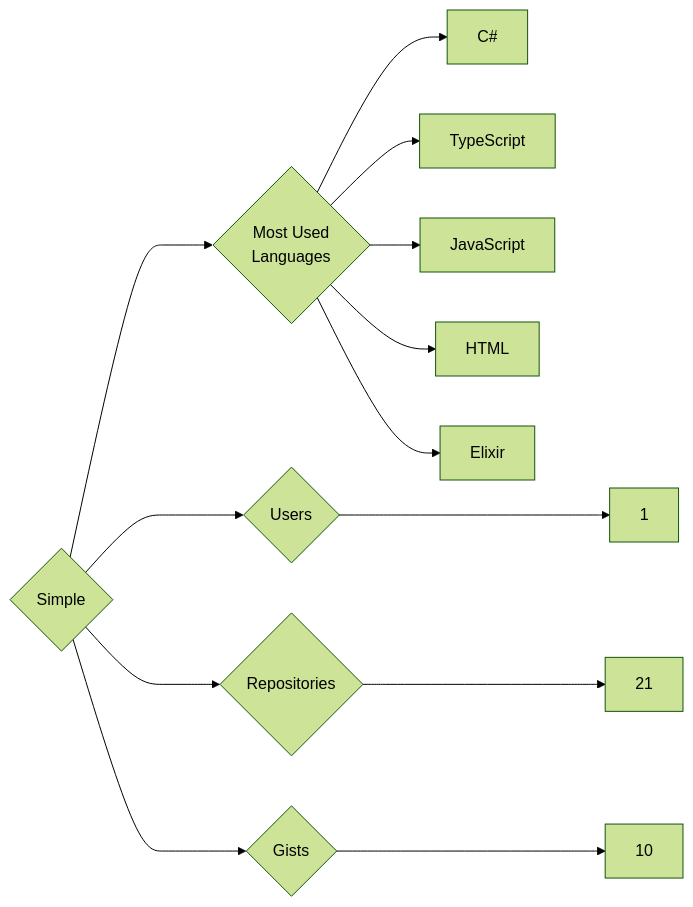
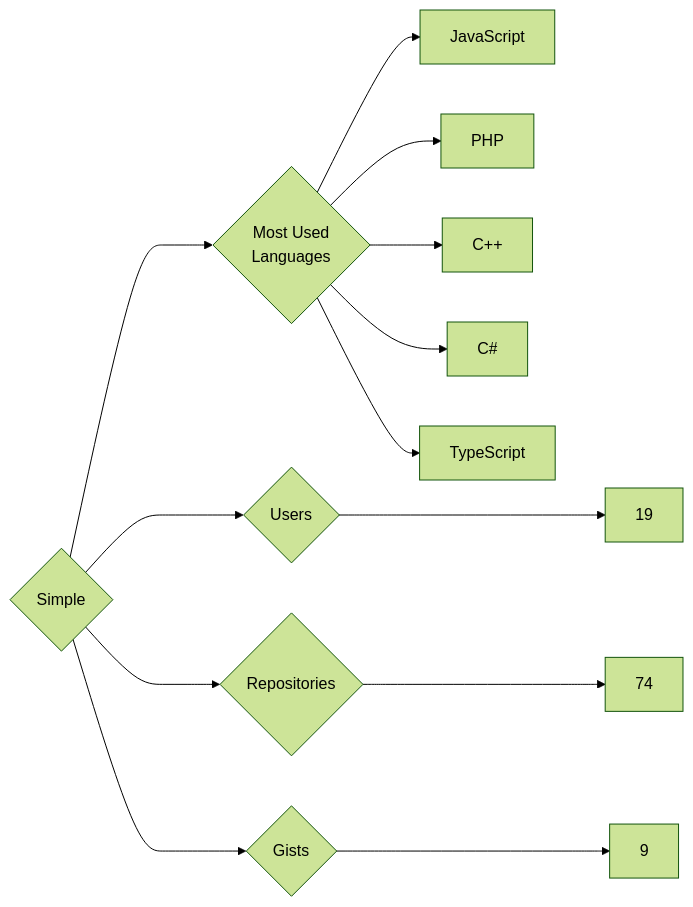
One commit to trickest/insiders changed the diagram in targets/Simple/README.md. Above: the diagram before and after it, drawn with Mermaid (forest theme). The commit also changed 839 other files, not shown here.

````diff
--- a/targets/Simple/README.md
+++ b/targets/Simple/README.md
@@ -3,13 +3,13 @@
 ```mermaid
 graph LR
 COMPANY_NAME{Simple}
-COMPANY_NAME ---> U{Users} ---> UN[1]
-COMPANY_NAME ---> R{Repositories} ---> RN[21]
-COMPANY_NAME ---> G{Gists} ---> GN[10]
+COMPANY_NAME ---> U{Users} ---> UN[19]
+COMPANY_NAME ---> R{Repositories} ---> RN[74]
+COMPANY_NAME ---> G{Gists} ---> GN[9]
 COMPANY_NAME ---> ML{Most Used<br>Languages}
+ML --> JavaScript[JavaScript]
+ML --> PHP[PHP]
+ML --> C++[C++]
 ML --> C#[C#]
 ML --> TypeScript[TypeScript]
-ML --> JavaScript[JavaScript]
-ML --> HTML[HTML]
-ML --> Elixir[Elixir]
 ```
````
